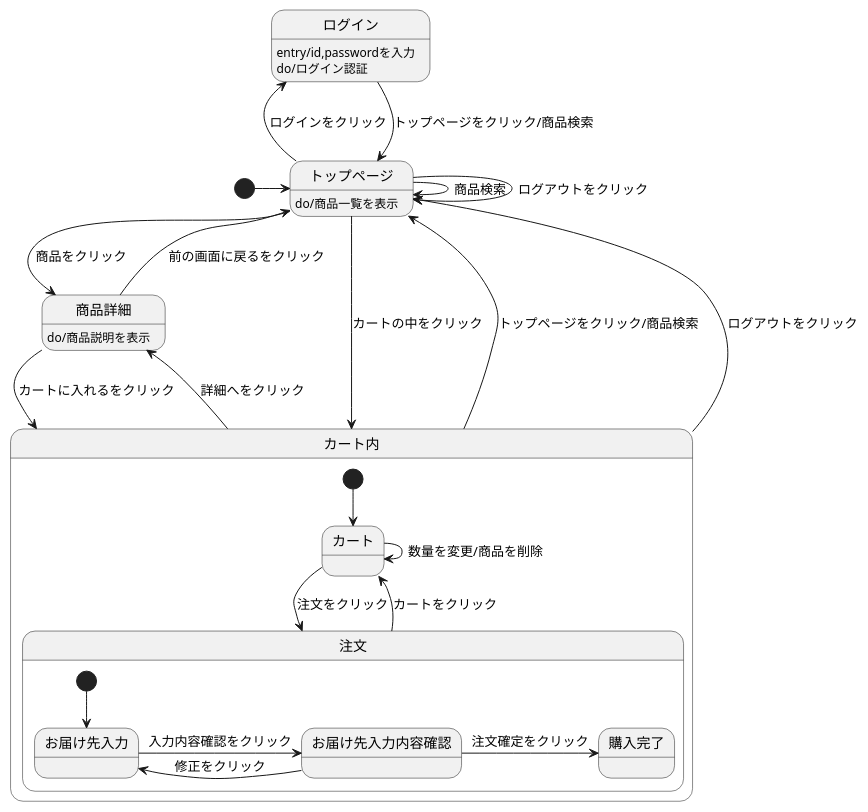
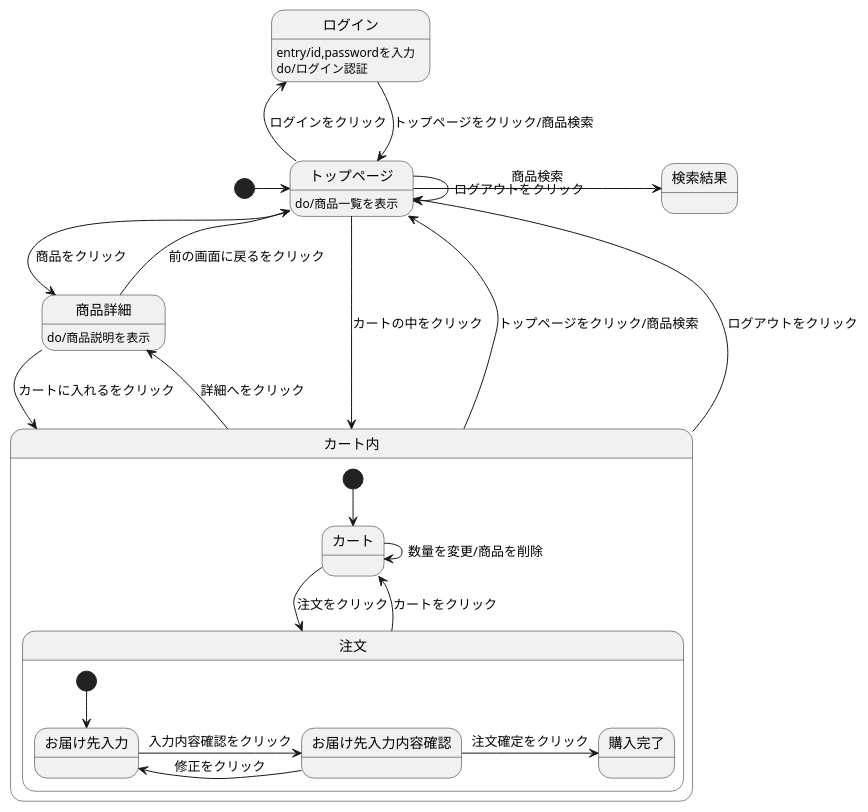
One commit to Aso2001369/2021sys-design changed the diagram in src/md/画面遷移図.md. Above: the diagram before and after it, drawn with PlantUML.

````diff
--- a/src/md/画面遷移図.md
+++ b/src/md/画面遷移図.md
@@ -1,34 +1,34 @@
 ```uml
 @startuml
 
 [*] -> トップページ
 ログイン --> トップページ : トップページをクリック/商品検索
 ログイン : entry/id,passwordを入力
 ログイン : do/ログイン認証
 トップページ --> トップページ : ログアウトをクリック
-トップページ -> トップページ : 商品検索
+トップページ -> 検索結果 : 商品検索
 トップページ -> 商品詳細 : 商品をクリック
 トップページ -left-> ログイン : ログインをクリック
 トップページ --> カート内 : カートの中をクリック
 トップページ : do/商品一覧を表示
 商品詳細 --> カート内 : カートに入れるをクリック
 商品詳細 --> トップページ : 前の画面に戻るをクリック
 商品詳細 : do/商品説明を表示
 カート内 -up-> トップページ : トップページをクリック/商品検索
 カート内 -up-> トップページ : ログアウトをクリック
 カート内 -> 商品詳細 : 詳細へをクリック
 
 state カート内 {
   [*] --> カート
   カート -> 注文 : 注文をクリック
   カート -> カート : 数量を変更/商品を削除
   注文 --> カート : カートをクリック
   state 注文 {
     [*] --> お届け先入力
     お届け先入力 -> お届け先入力内容確認 : 入力内容確認をクリック
     お届け先入力内容確認 -> お届け先入力 : 修正をクリック
     お届け先入力内容確認 -> 購入完了 : 注文確定をクリック
   }
  }
 @enduml
 ```
````
